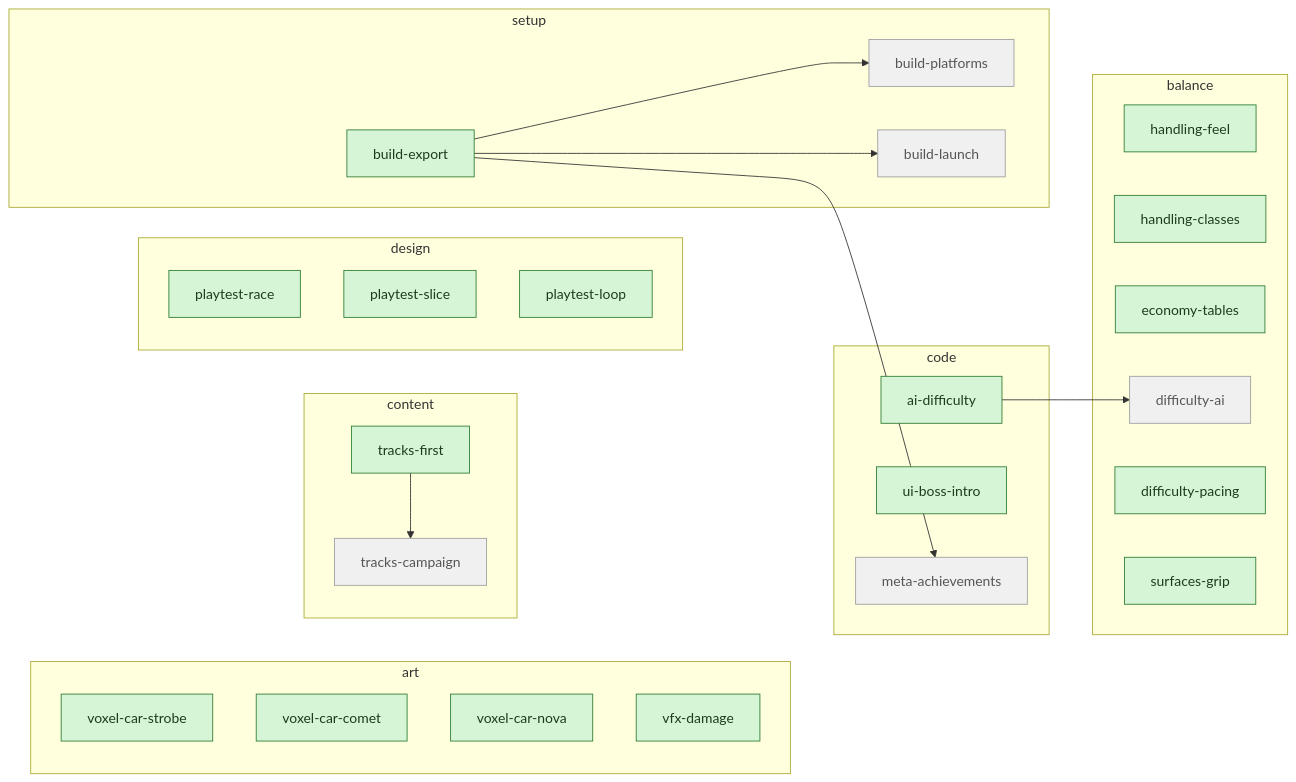
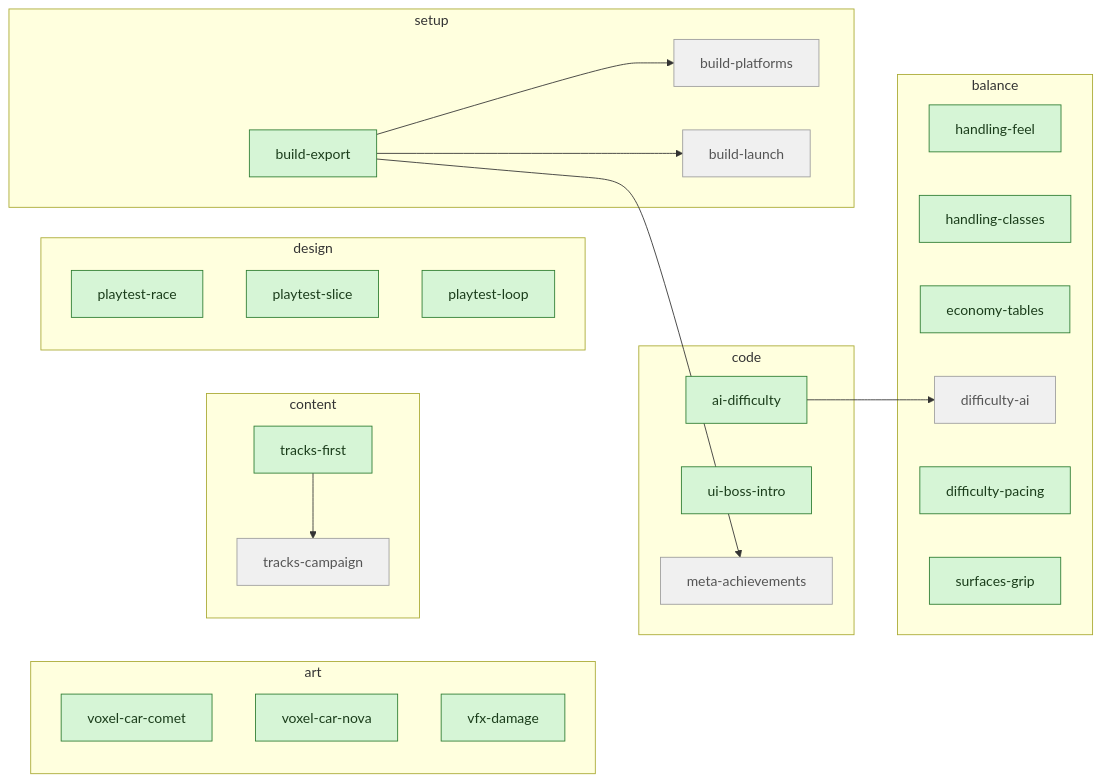
One commit to artemiiShabanov/RallyRivals changed the third of 3 diagrams in STATUS.md. Above: the diagram before and after it, drawn with Mermaid. The commit also changed other lines of this file and 6 other files, not shown here.

````diff
--- a/STATUS.md
+++ b/STATUS.md
@@ -92,45 +91,44 @@
 ```mermaid
 flowchart LR
   subgraph code
     code_ai_difficulty["ai-difficulty"]
     code_ui_boss_intro["ui-boss-intro"]
     code_meta_achievements["meta-achievements"]
   end
   subgraph art
-    art_voxel_car_strobe["voxel-car-strobe"]
     art_voxel_car_comet["voxel-car-comet"]
     art_voxel_car_nova["voxel-car-nova"]
     art_vfx_damage["vfx-damage"]
   end
   subgraph content
     content_tracks_first["tracks-first"]
     content_tracks_campaign["tracks-campaign"]
   end
   subgraph balance
     balance_handling_feel["handling-feel"]
     balance_handling_classes["handling-classes"]
     balance_economy_tables["economy-tables"]
     balance_difficulty_ai["difficulty-ai"]
     balance_difficulty_pacing["difficulty-pacing"]
     balance_surfaces_grip["surfaces-grip"]
   end
   subgraph design
     design_playtest_race["playtest-race"]
     design_playtest_slice["playtest-slice"]
     design_playtest_loop["playtest-loop"]
   end
   subgraph setup
     setup_build_export["build-export"]
     setup_build_platforms["build-platforms"]
     setup_build_launch["build-launch"]
   end
   setup_build_export --> code_meta_achievements
   content_tracks_first --> content_tracks_campaign
   code_ai_difficulty --> balance_difficulty_ai
   setup_build_export --> setup_build_platforms
   setup_build_export --> setup_build_launch
   classDef avail fill:#d6f5d6,stroke:#2e7d32,color:#1b3d1b;
   classDef blocked fill:#f0f0f0,stroke:#9e9e9e,color:#555;
-  class code_ai_difficulty,code_ui_boss_intro,content_tracks_first,art_voxel_car_strobe,art_voxel_car_comet,art_voxel_car_nova,art_vfx_damage,balance_handling_feel,balance_handling_classes,balance_economy_tables,balance_difficulty_pacing,balance_surfaces_grip,design_playtest_race,design_playtest_slice,design_playtest_loop,setup_build_export avail;
+  class code_ai_difficulty,code_ui_boss_intro,content_tracks_first,art_voxel_car_comet,art_voxel_car_nova,art_vfx_damage,balance_handling_feel,balance_handling_classes,balance_economy_tables,balance_difficulty_pacing,balance_surfaces_grip,design_playtest_race,design_playtest_slice,design_playtest_loop,setup_build_export avail;
   class code_meta_achievements,content_tracks_campaign,balance_difficulty_ai,setup_build_platforms,setup_build_launch blocked;
 ```
````
